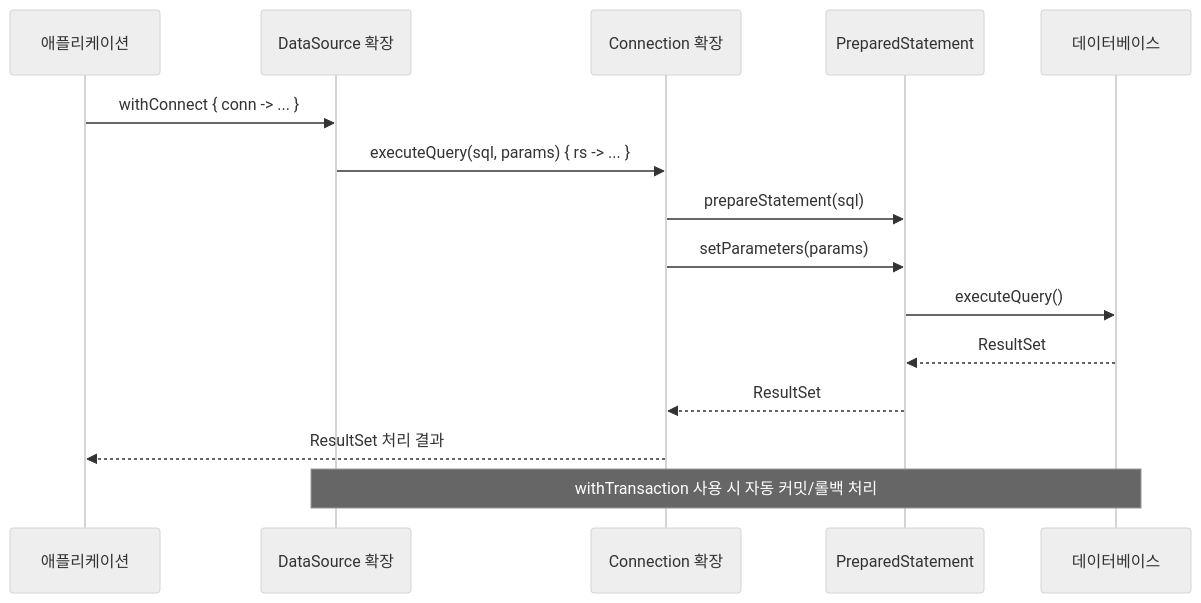
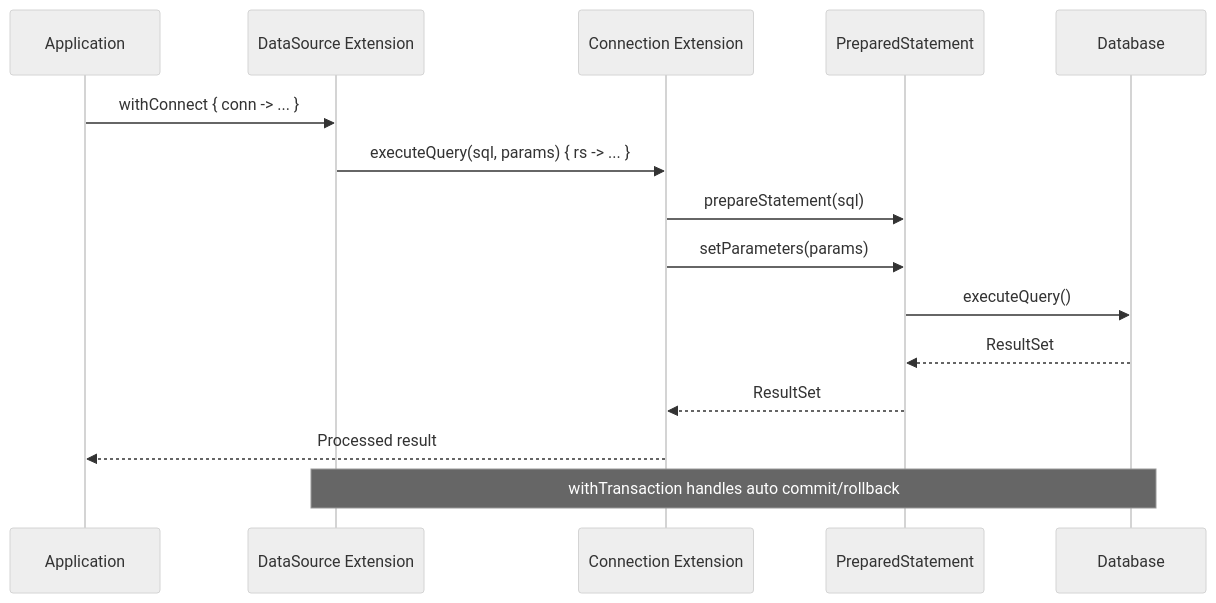
One commit to bluetape4k/bluetape4k-projects changed the third of 3 diagrams in data/jdbc/README.md. Above: the diagram before and after it, drawn with Mermaid (neutral theme). The commit also changed other lines of this file and 265 other files, not shown here.

````diff
--- a/data/jdbc/README.md
+++ b/data/jdbc/README.md
@@ -539,19 +540,19 @@
 ```mermaid
 sequenceDiagram
-    participant App as 애플리케이션
-    participant DS as DataSource 확장
-    participant Conn as Connection 확장
+    participant App as Application
+    participant DS as DataSource Extension
+    participant Conn as Connection Extension
     participant PS as PreparedStatement
-    participant DB as 데이터베이스
+    participant DB as Database
 
     App->>DS: withConnect { conn -> ... }
     DS->>Conn: executeQuery(sql, params) { rs -> ... }
     Conn->>PS: prepareStatement(sql)
     Conn->>PS: setParameters(params)
     PS->>DB: executeQuery()
     DB-->>PS: ResultSet
     PS-->>Conn: ResultSet
-    Conn-->>App: ResultSet 처리 결과
+    Conn-->>App: Processed result
 
-    Note over DS,DB: withTransaction 사용 시 자동 커밋/롤백 처리
+    Note over DS,DB: withTransaction handles auto commit/rollback
 ```
````
